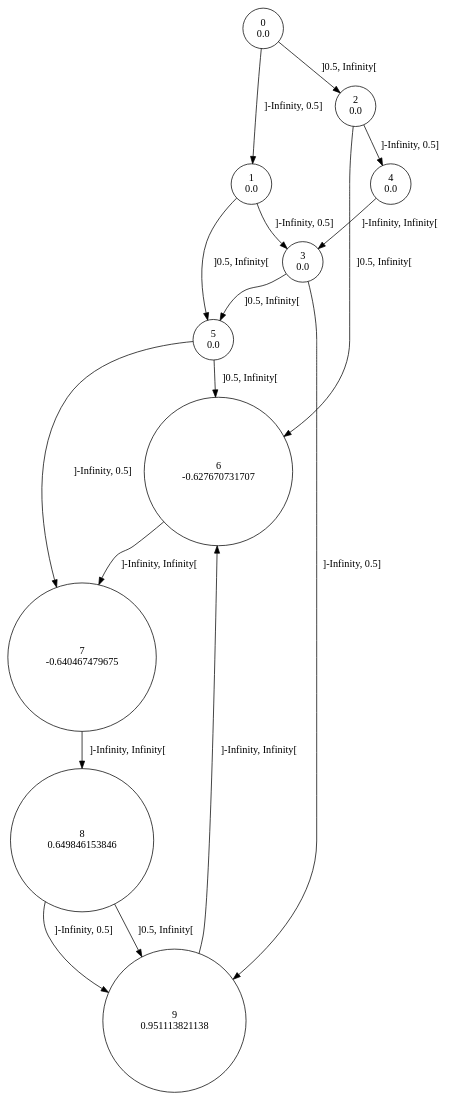
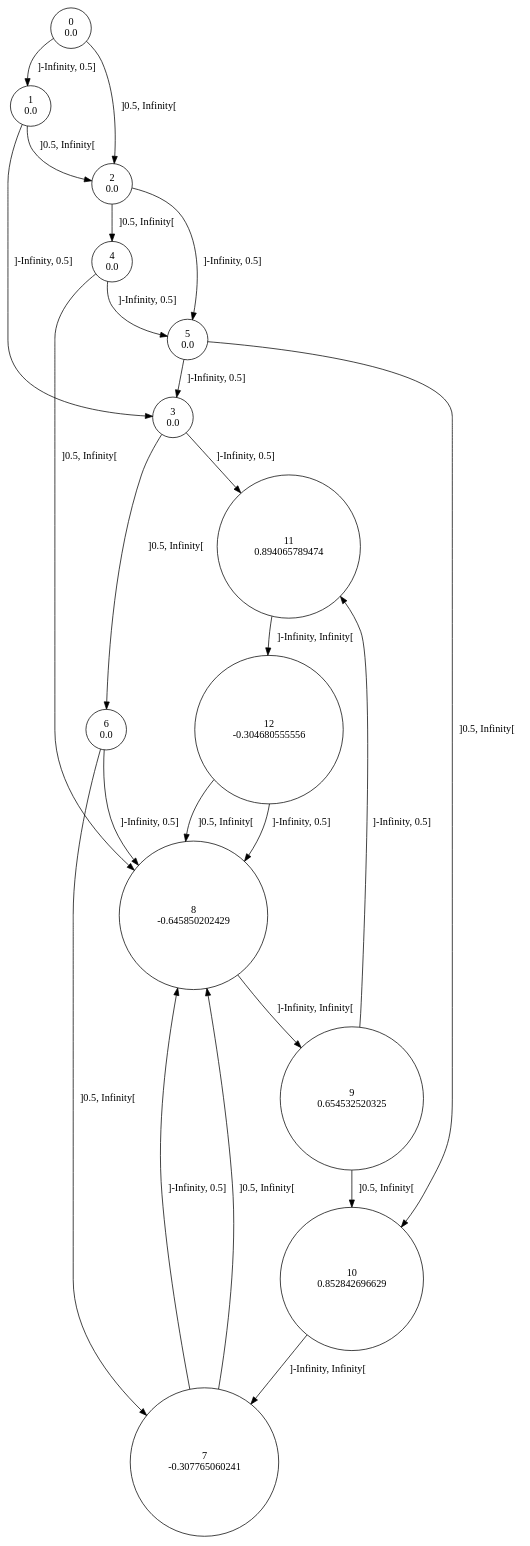
Before and after one commit to gllpellegrino/RAI_experiments: the diagram in distorced_sinus_2/data/5/rtisy.dot, drawn with Graphviz. The commit also changed 306 other files, not shown here.

```diff
--- a/distorced_sinus_2/data/5/rtisy.dot
+++ b/distorced_sinus_2/data/5/rtisy.dot
@@ -1,28 +1,38 @@
 digraph a {
 0 [shape=circle, label="0\n0.0"];
 	0 -> 1 [label="]-Infinity, 0.5]"];
 	0 -> 2 [label="]0.5, Infinity["];
 1 [shape=circle, label="1\n0.0"];
 	1 -> 3 [label="]-Infinity, 0.5]"];
-	1 -> 5 [label="]0.5, Infinity["];
+	1 -> 2 [label="]0.5, Infinity["];
 2 [shape=circle, label="2\n0.0"];
-	2 -> 4 [label="]-Infinity, 0.5]"];
-	2 -> 6 [label="]0.5, Infinity["];
+	2 -> 5 [label="]-Infinity, 0.5]"];
+	2 -> 4 [label="]0.5, Infinity["];
 3 [shape=circle, label="3\n0.0"];
-	3 -> 9 [label="]-Infinity, 0.5]"];
-	3 -> 5 [label="]0.5, Infinity["];
+	3 -> 11 [label="]-Infinity, 0.5]"];
+	3 -> 6 [label="]0.5, Infinity["];
 4 [shape=circle, label="4\n0.0"];
-	4 -> 3 [label="]-Infinity, Infinity["];
+	4 -> 5 [label="]-Infinity, 0.5]"];
+	4 -> 8 [label="]0.5, Infinity["];
 5 [shape=circle, label="5\n0.0"];
-	5 -> 7 [label="]-Infinity, 0.5]"];
-	5 -> 6 [label="]0.5, Infinity["];
-6 [shape=circle, label="6\n-0.627670731707"];
-	6 -> 7 [label="]-Infinity, Infinity["];
-7 [shape=circle, label="7\n-0.640467479675"];
-	7 -> 8 [label="]-Infinity, Infinity["];
-8 [shape=circle, label="8\n0.649846153846"];
-	8 -> 9 [label="]-Infinity, 0.5]"];
-	8 -> 9 [label="]0.5, Infinity["];
-9 [shape=circle, label="9\n0.951113821138"];
-	9 -> 6 [label="]-Infinity, Infinity["];
+	5 -> 3 [label="]-Infinity, 0.5]"];
+	5 -> 10 [label="]0.5, Infinity["];
+6 [shape=circle, label="6\n0.0"];
+	6 -> 8 [label="]-Infinity, 0.5]"];
+	6 -> 7 [label="]0.5, Infinity["];
+7 [shape=circle, label="7\n-0.307765060241"];
+	7 -> 8 [label="]-Infinity, 0.5]"];
+	7 -> 8 [label="]0.5, Infinity["];
+8 [shape=circle, label="8\n-0.645850202429"];
+	8 -> 9 [label="]-Infinity, Infinity["];
+9 [shape=circle, label="9\n0.654532520325"];
+	9 -> 11 [label="]-Infinity, 0.5]"];
+	9 -> 10 [label="]0.5, Infinity["];
+10 [shape=circle, label="10\n0.852842696629"];
+	10 -> 7 [label="]-Infinity, Infinity["];
+11 [shape=circle, label="11\n0.894065789474"];
+	11 -> 12 [label="]-Infinity, Infinity["];
+12 [shape=circle, label="12\n-0.304680555556"];
+	12 -> 8 [label="]-Infinity, 0.5]"];
+	12 -> 8 [label="]0.5, Infinity["];
 }
```
